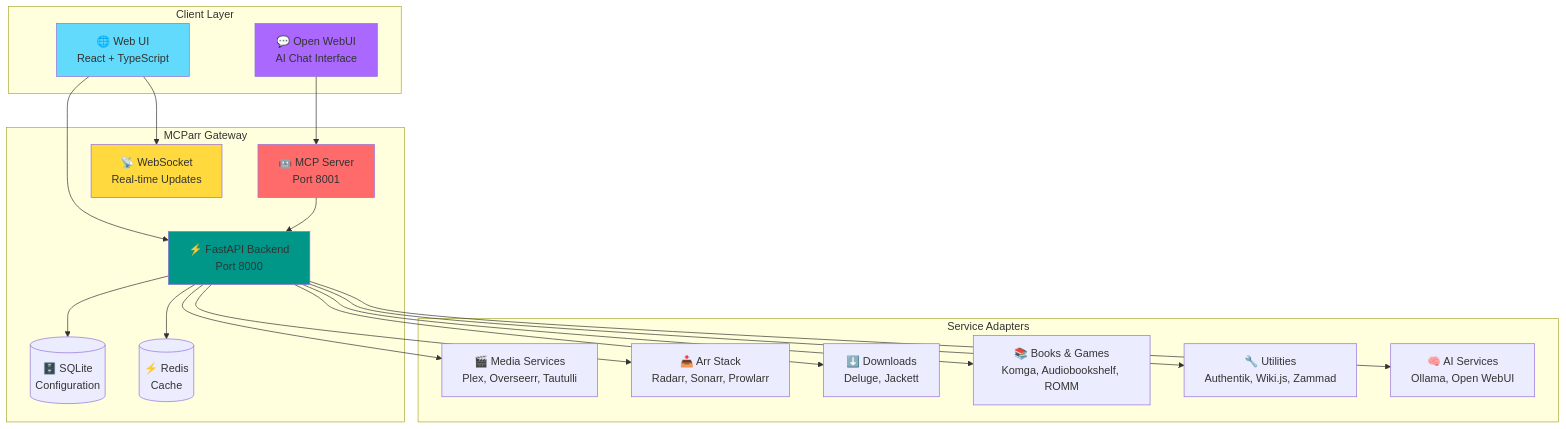
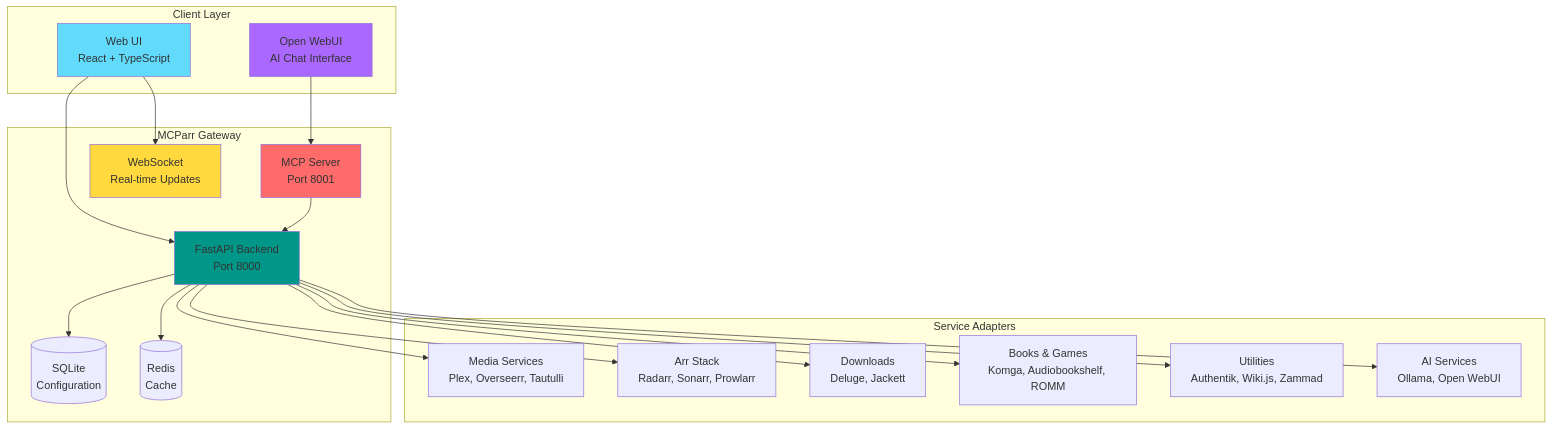
The first of 2 diagrams in README.md (sharkhunterr/mcparr), drawn with Mermaid before and after one commit. The commit also changed other lines of this file, not shown here.

````diff
--- a/README.md
+++ b/README.md
@@ -89,43 +87,43 @@
 ```mermaid
 graph TB
     subgraph "Client Layer"
-        WebUI[🌐 Web UI<br/>React + TypeScript]
-        OpenWebUI[💬 Open WebUI<br/>AI Chat Interface]
+        WebUI[Web UI<br/>React + TypeScript]
+        OpenWebUI[Open WebUI<br/>AI Chat Interface]
     end
 
     subgraph "MCParr Gateway"
-        API[⚡ FastAPI Backend<br/>Port 8000]
-        MCP[🤖 MCP Server<br/>Port 8001]
-        WS[📡 WebSocket<br/>Real-time Updates]
+        API[FastAPI Backend<br/>Port 8000]
+        MCP[MCP Server<br/>Port 8001]
+        WS[WebSocket<br/>Real-time Updates]
 
-        API --> DB[(🗄️ SQLite<br/>Configuration)]
-        API --> Cache[(⚡ Redis<br/>Cache)]
+        API --> DB[(SQLite<br/>Configuration)]
+        API --> Cache[(Redis<br/>Cache)]
     end
 
     subgraph "Service Adapters"
-        Media[🎬 Media Services<br/>Plex, Overseerr, Tautulli]
-        Arr[📥 Arr Stack<br/>Radarr, Sonarr, Prowlarr]
-        DL[⬇️ Downloads<br/>Deluge, Jackett]
-        Books[📚 Books & Games<br/>Komga, Audiobookshelf, ROMM]
-        Utils[🔧 Utilities<br/>Authentik, Wiki.js, Zammad]
-        AI[🧠 AI Services<br/>Ollama, Open WebUI]
+        Media[Media Services<br/>Plex, Overseerr, Tautulli]
+        Arr[Arr Stack<br/>Radarr, Sonarr, Prowlarr]
+        DL[Downloads<br/>Deluge, Jackett]
+        Books[Books & Games<br/>Komga, Audiobookshelf, ROMM]
+        Utils[Utilities<br/>Authentik, Wiki.js, Zammad]
+        AI[AI Services<br/>Ollama, Open WebUI]
     end
 
     WebUI --> API
     WebUI --> WS
     OpenWebUI --> MCP
     MCP --> API
 
     API --> Media
     API --> Arr
     API --> DL
     API --> Books
     API --> Utils
     API --> AI
 
     style WebUI fill:#61dafb
     style OpenWebUI fill:#ab68ff
     style API fill:#009688
     style MCP fill:#ff6b6b
     style WS fill:#ffd93d
 ```
````
